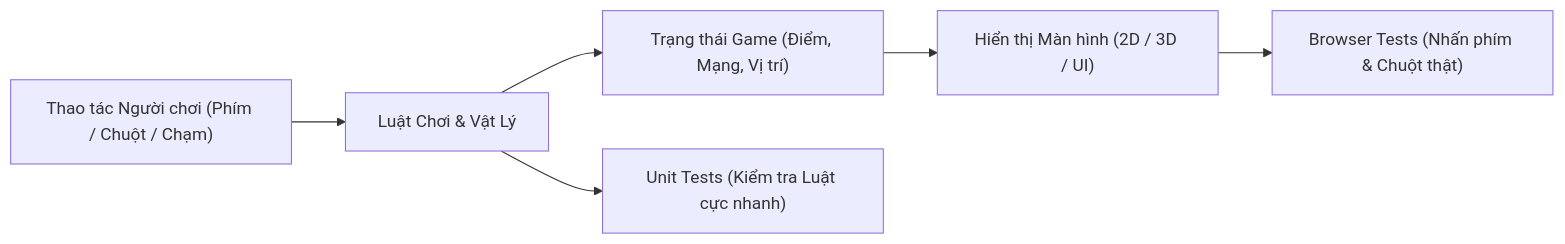
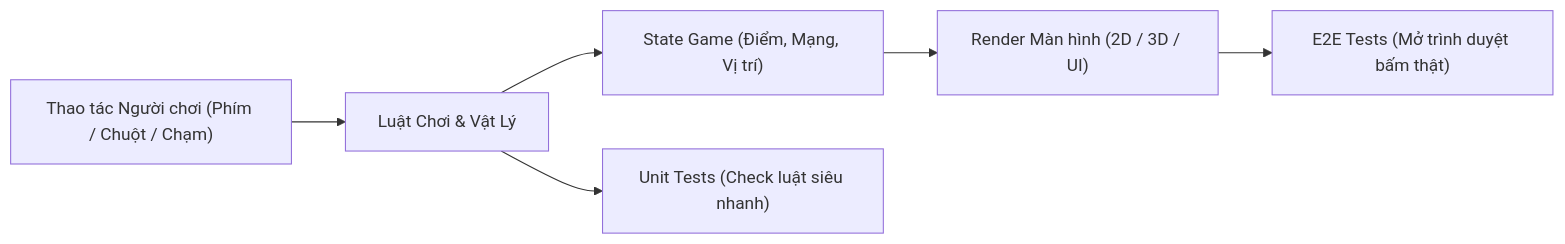
Before and after one commit to vuhung16au/gemini-games: the diagram in courses/day-02-game-dev-concepts/README.vi.md, drawn with Mermaid. The commit also changed other lines of this file and 29 other files, not shown here.

````diff
--- a/courses/day-02-game-dev-concepts/README.vi.md
+++ b/courses/day-02-game-dev-concepts/README.vi.md
@@ -12,8 +12,8 @@
 ```mermaid
 flowchart LR
   Input["Thao tác Người chơi (Phím / Chuột / Chạm)"] --> Sim["Luật Chơi & Vật Lý"]
-  Sim --> State["Trạng thái Game (Điểm, Mạng, Vị trí)"]
-  State --> Render["Hiển thị Màn hình (2D / 3D / UI)"]
-  Sim --> Tests["Unit Tests (Kiểm tra Luật cực nhanh)"]
-  Render --> E2E["Browser Tests (Nhấn phím & Chuột thật)"]
+  Sim --> State["State Game (Điểm, Mạng, Vị trí)"]
+  State --> Render["Render Màn hình (2D / 3D / UI)"]
+  Sim --> Tests["Unit Tests (Check luật siêu nhanh)"]
+  Render --> E2E["E2E Tests (Mở trình duyệt bấm thật)"]
 ```
````
